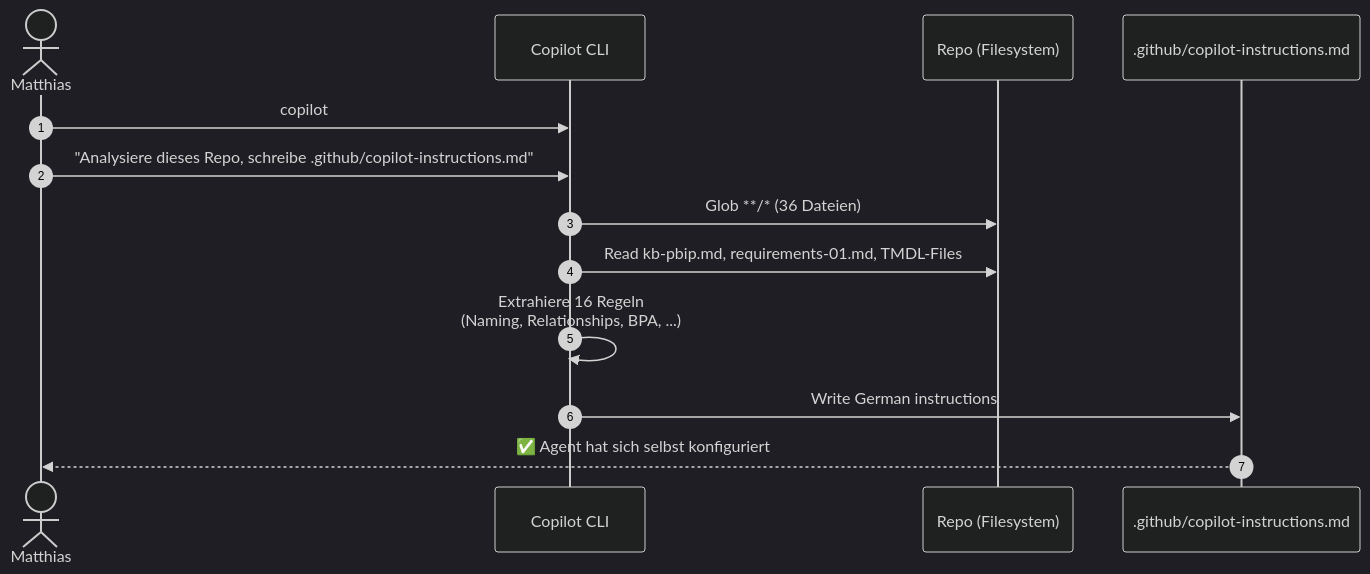
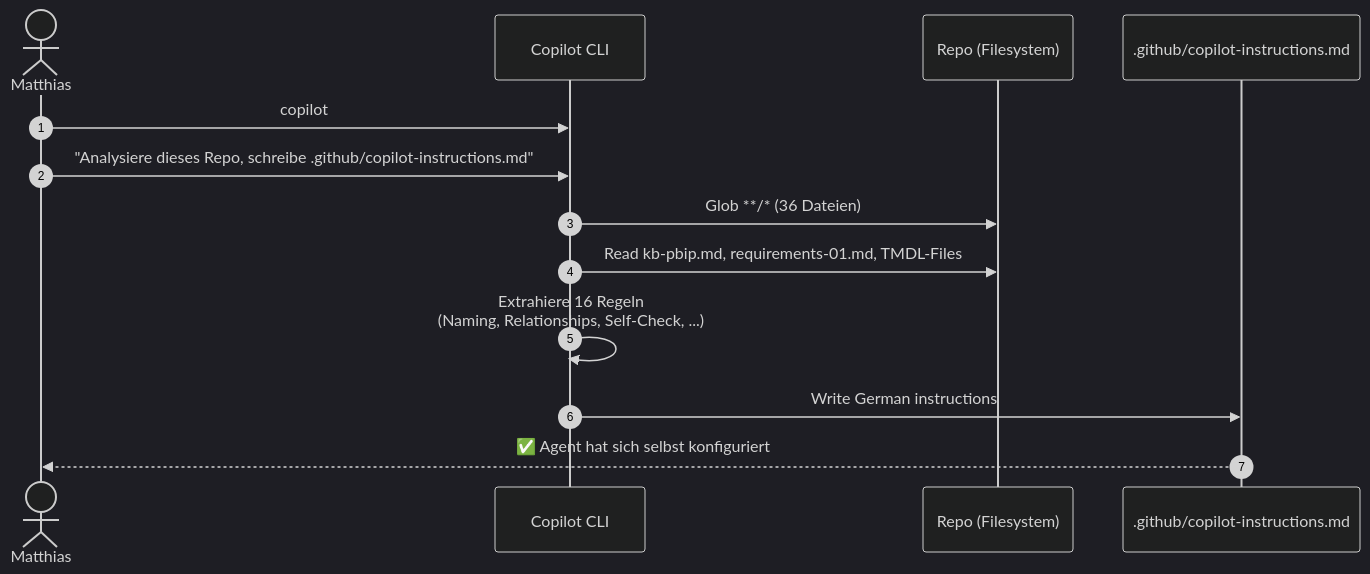
One commit to TheTrustedAdvisor/global-azure-2026-agents-yolo changed the second of 5 diagrams in README.md. Above: the diagram before and after it, drawn with Mermaid (dark theme). The commit also changed other lines of this file and 6 other files, not shown here.

````diff
--- a/README.md
+++ b/README.md
@@ -43,16 +43,16 @@
 ```mermaid
 sequenceDiagram
     autonumber
     actor You as Matthias
     participant CLI as Copilot CLI
     participant Repo as Repo (Filesystem)
     participant File as .github/copilot-instructions.md
 
     You->>CLI: copilot
     You->>CLI: "Analysiere dieses Repo, schreibe .github/copilot-instructions.md"
     CLI->>Repo: Glob **/* (36 Dateien)
     CLI->>Repo: Read kb-pbip.md, requirements-01.md, TMDL-Files
-    CLI->>CLI: Extrahiere 16 Regeln<br/>(Naming, Relationships, BPA, ...)
+    CLI->>CLI: Extrahiere 16 Regeln<br/>(Naming, Relationships, Self-Check, ...)
     CLI->>File: Write German instructions
     File-->>You: ✅ Agent hat sich selbst konfiguriert
 ```
````
